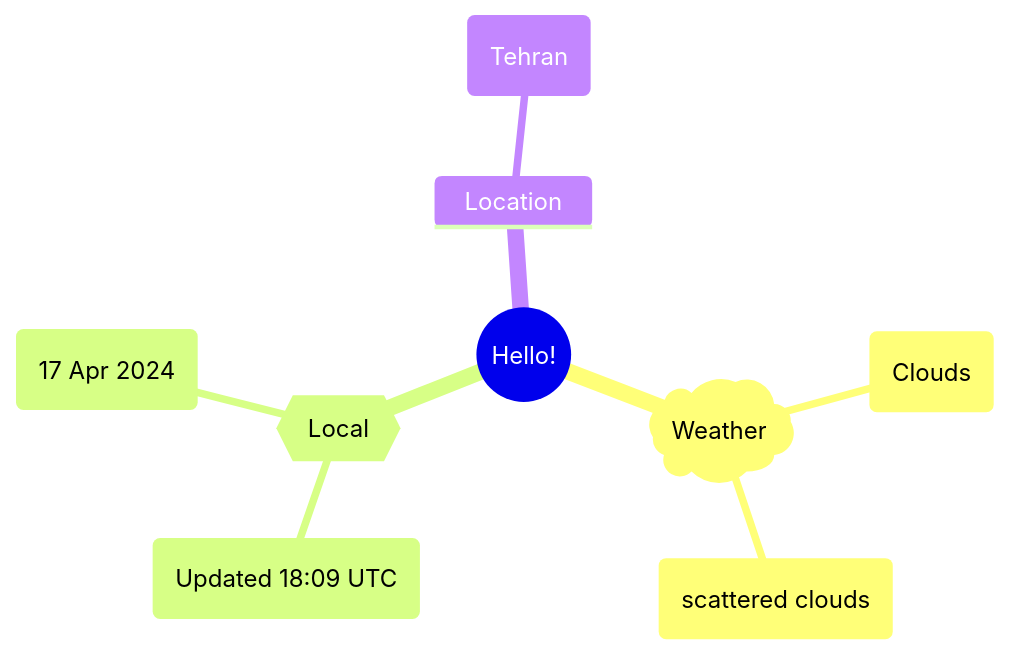
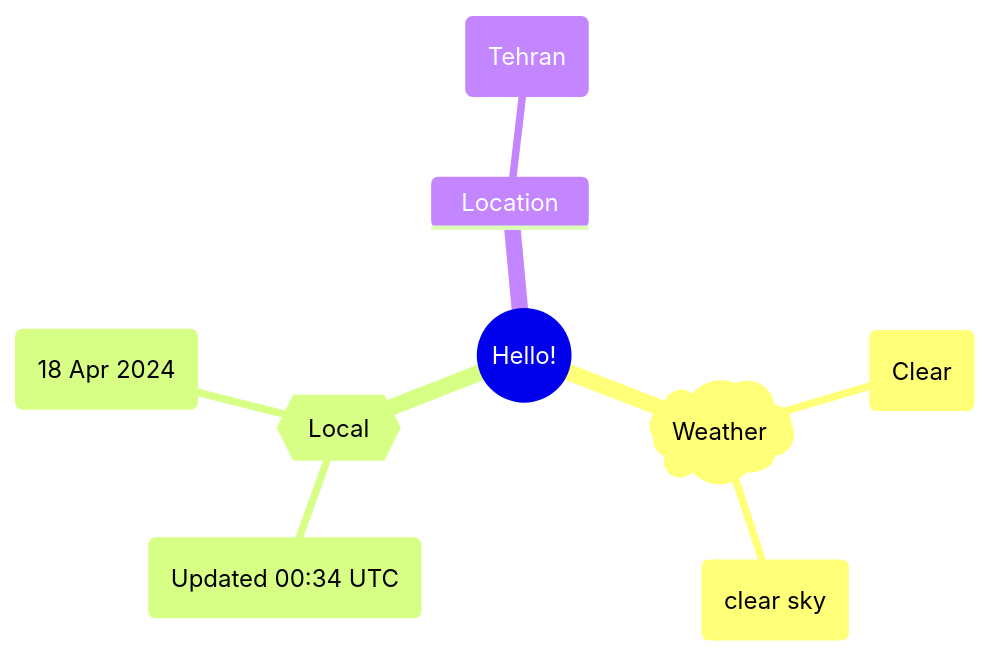
The first of 2 diagrams in README.md (Xosrov/Xosrov), drawn with Mermaid before and after one commit.

Commit message:
[bot] updated images

````diff
--- a/README.md
+++ b/README.md
@@ -3,12 +3,12 @@
 ```mermaid
 mindmap
   root((Hello!))
     )Weather(
-        (Clouds)
-        (scattered clouds)
+        (Clear)
+        (clear sky)
     {{Local}}
-        (Updated 18:09 UTC)
-        (17 Apr 2024)
+        (Updated 00:34 UTC)
+        (18 Apr 2024)
     Location
         (Tehran)
 ```
````
